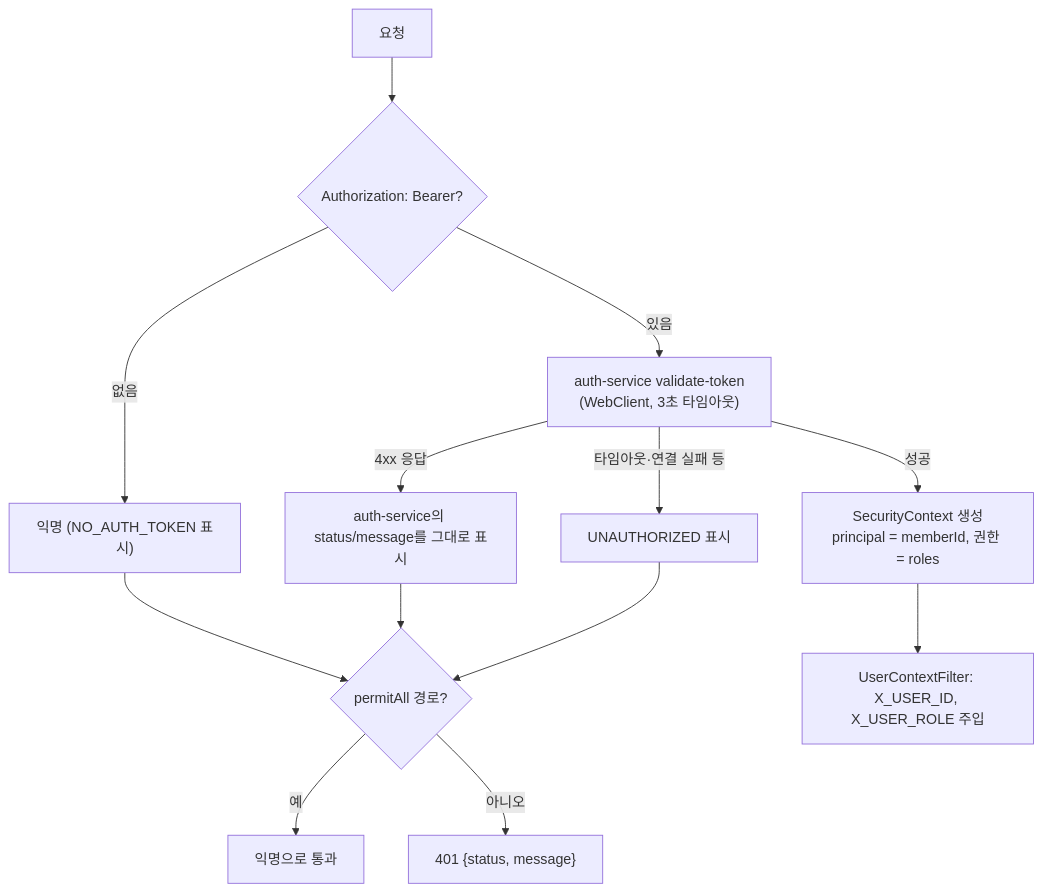
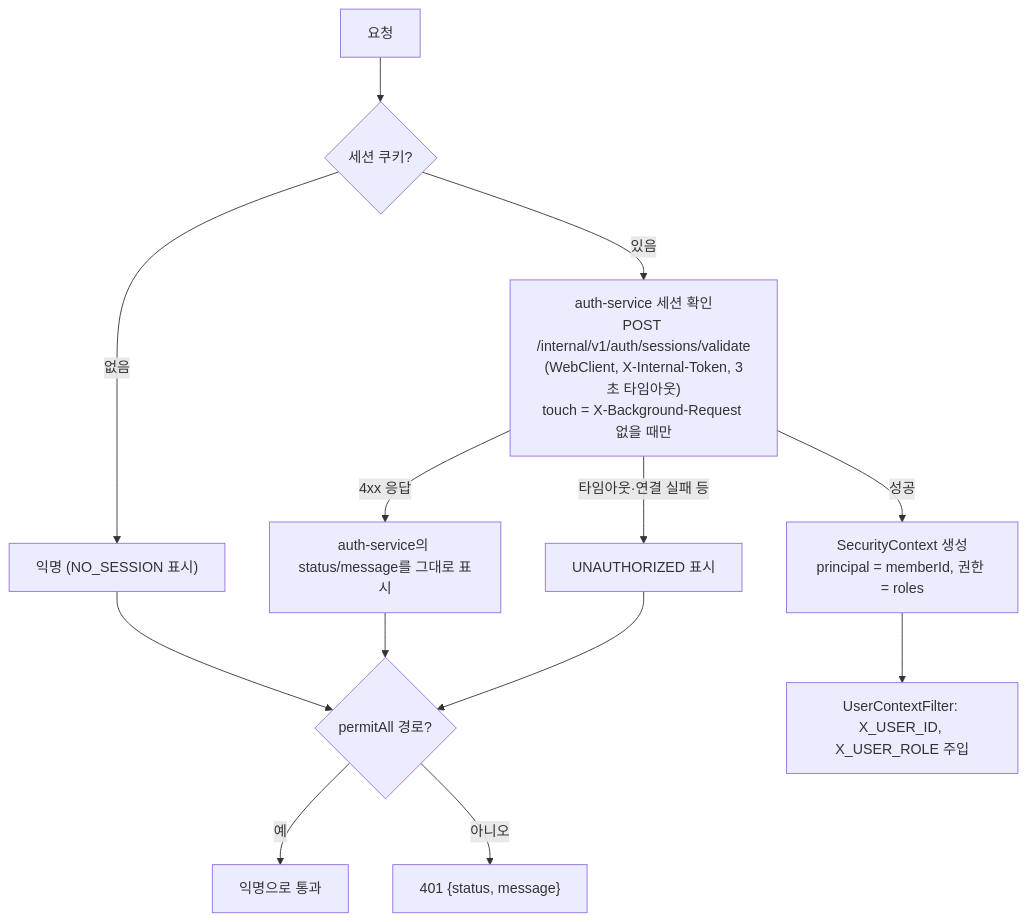
Before and after one commit to rivertw777/ModuDrive-API: the second of 2 diagrams in .docs/spec/004-auth-spec.md, drawn with Mermaid. The commit also changed other lines of this file and 5 other files, not shown here.

First line of the commit message:
docs: rewrite the auth spec for sessions

````diff
--- a/.docs/spec/004-auth-spec.md
+++ b/.docs/spec/004-auth-spec.md
@@ -159,13 +159,13 @@
 ```mermaid
 flowchart TD
-    R["요청"] --> H{"Authorization: Bearer?"}
-    H -- 없음 --> AN["익명 (NO_AUTH_TOKEN 표시)"]
-    H -- 있음 --> V["auth-service validate-token<br/>(WebClient, 3초 타임아웃)"]
+    R["요청"] --> H{"세션 쿠키?"}
+    H -- 없음 --> AN["익명 (NO_SESSION 표시)"]
+    H -- 있음 --> V["auth-service 세션 확인<br/>POST /internal/v1/auth/sessions/validate<br/>(WebClient, X-Internal-Token, 3초 타임아웃)<br/>touch = X-Background-Request 없을 때만"]
     V -- 성공 --> OK["SecurityContext 생성<br/>principal = memberId, 권한 = roles"]
     V -- "4xx 응답" --> E1["auth-service의 status/message를 그대로 표시"]
     V -- "타임아웃·연결 실패 등" --> E2["UNAUTHORIZED 표시"]
     AN & E1 & E2 --> P{"permitAll 경로?"}
     P -- 예 --> PASS["익명으로 통과"]
     P -- 아니오 --> D["401 {status, message}"]
     OK --> U["UserContextFilter: X_USER_ID, X_USER_ROLE 주입"]
 ```
````
